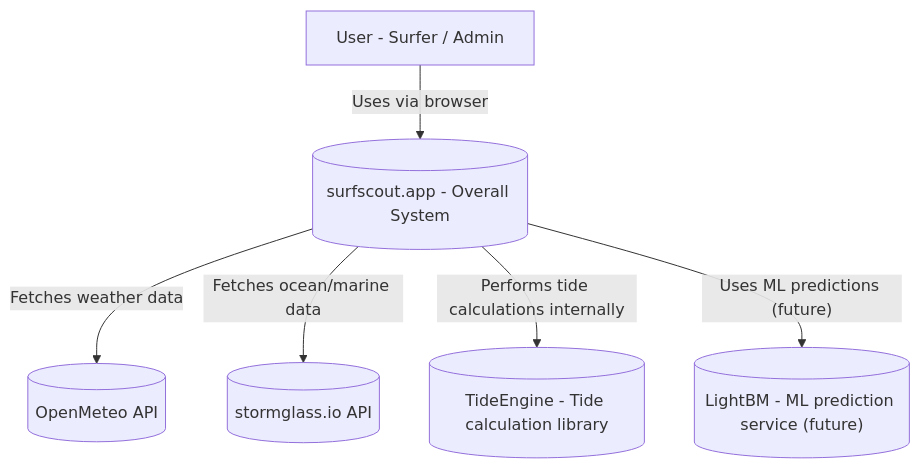
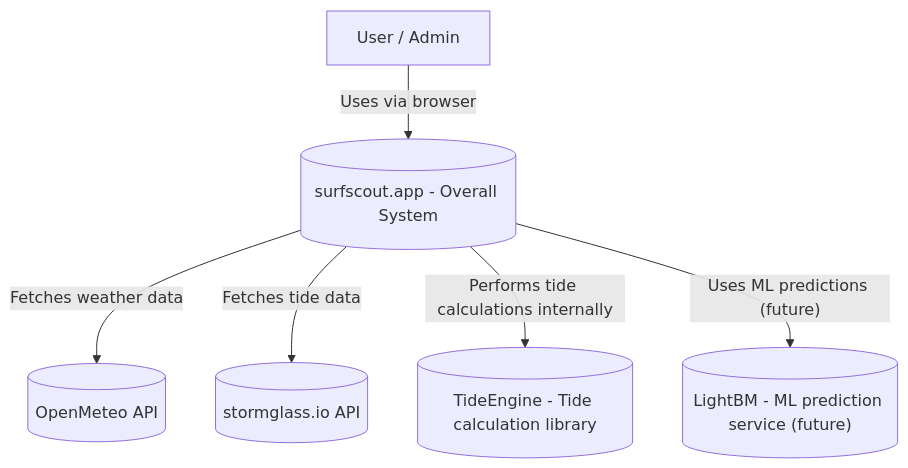
One commit to tmbnrt/SurfScout_App changed the first of 2 diagrams in README.md. Above: the diagram before and after it, drawn with Mermaid. The commit also changed other lines of this file, not shown here.

Commit message:
Update user labels and formatting in diagrams

````diff
--- a/README.md
+++ b/README.md
@@ -74,15 +74,15 @@
 ```mermaid
 flowchart TB
-    User["User - Surfer / Admin"]
+    User["User / Admin"]
     SurfScout[("surfscout.app - Overall System")]
     OpenMeteo[("OpenMeteo API")]
     Stormglass[("stormglass.io API")]
     TideEngine[("TideEngine - Tide calculation library")]
     LightBM[("LightBM - ML prediction service (future)")]
 
     User -->|"Uses via browser"| SurfScout
     SurfScout -->|"Fetches weather data"| OpenMeteo
-    SurfScout -->|"Fetches ocean/marine data"| Stormglass
+    SurfScout -->|"Fetches tide data"| Stormglass
     SurfScout -->|"Performs tide calculations internally"| TideEngine
     SurfScout -->|"Uses ML predictions (future)"| LightBM
 ```
````
